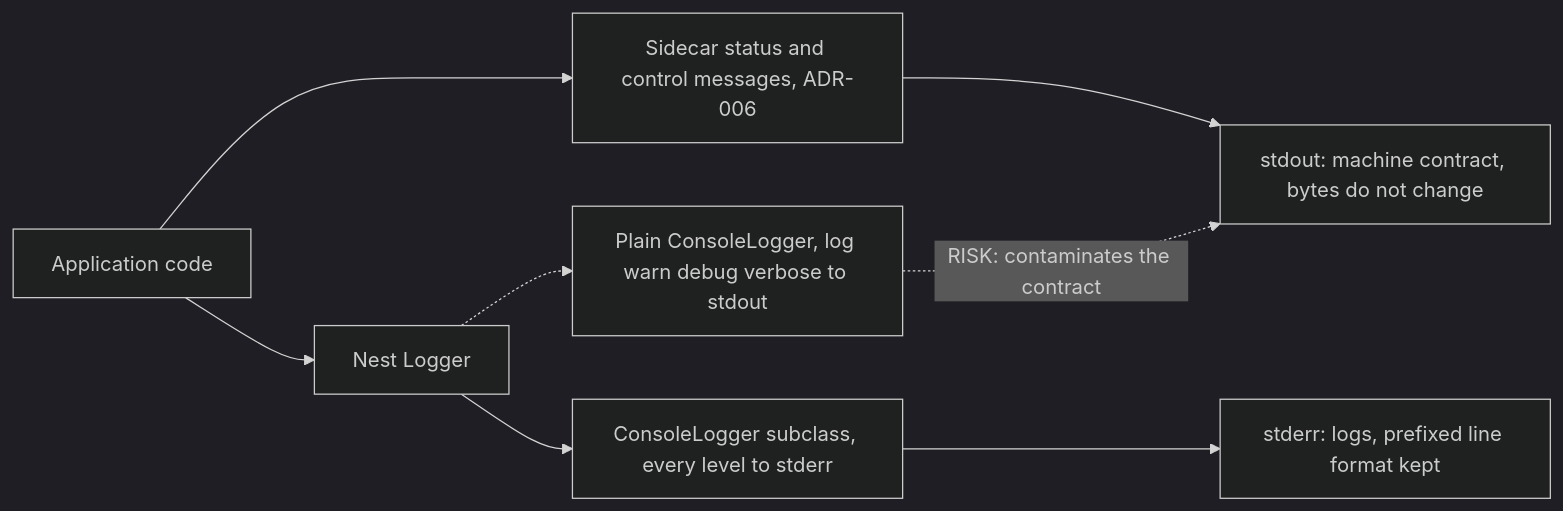
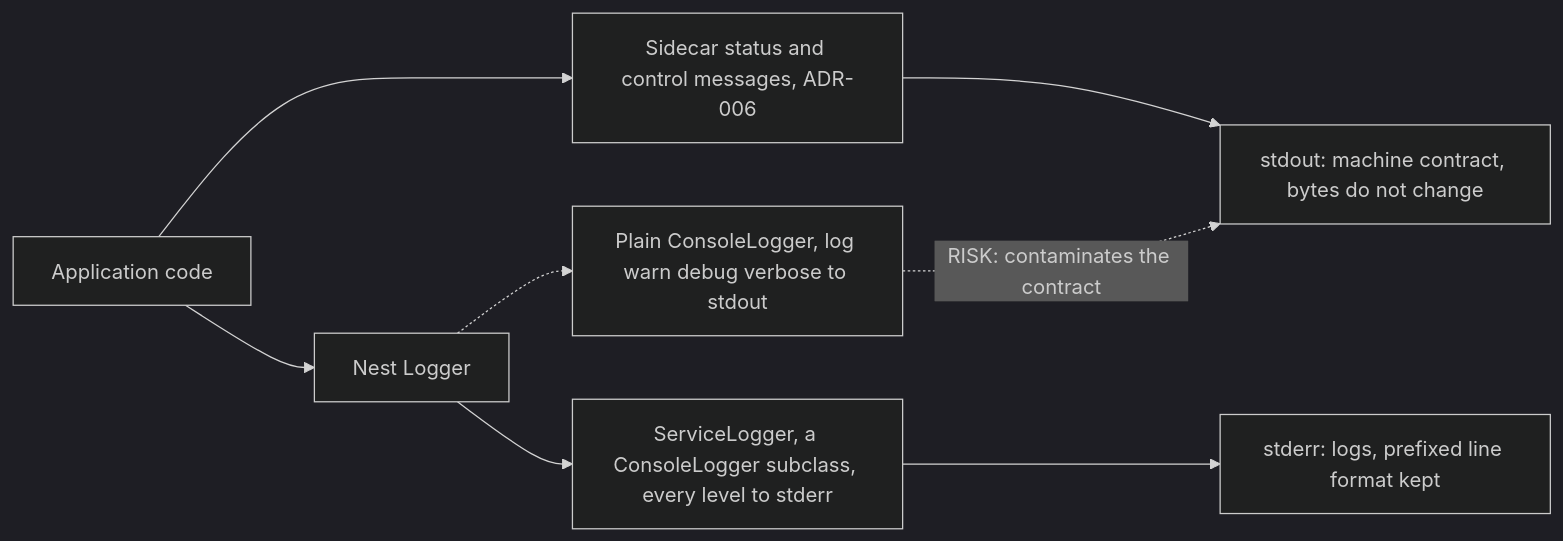
One commit to virgenherrera/lan-solution-template changed the fourth of 4 diagrams in docs/architecture/nest-standalone-boot.md. Above: the diagram before and after it, drawn with Mermaid (dark theme). The commit also changed other lines of this file and 5 other files, not shown here.

First line of the commit message:
task: add the service logger to shared-core

````diff
--- a/docs/architecture/nest-standalone-boot.md
+++ b/docs/architecture/nest-standalone-boot.md
@@ -174,17 +174,17 @@
 ```mermaid
 flowchart LR
     Code["Application code"]
     Contract["Sidecar status and control messages, ADR-006"]
     Logger["Nest Logger"]
-    Sub["ConsoleLogger subclass, every level to stderr"]
+    Sub["ServiceLogger, a ConsoleLogger subclass, every level to stderr"]
     Risk["Plain ConsoleLogger, log warn debug verbose to stdout"]
     Out["stdout: machine contract, bytes do not change"]
     Err["stderr: logs, prefixed line format kept"]
     Code --> Contract
     Code --> Logger
     Contract --> Out
     Logger --> Sub
     Sub --> Err
     Logger -.-> Risk
     Risk -.->|"RISK: contaminates the contract"| Out
 ```
````
